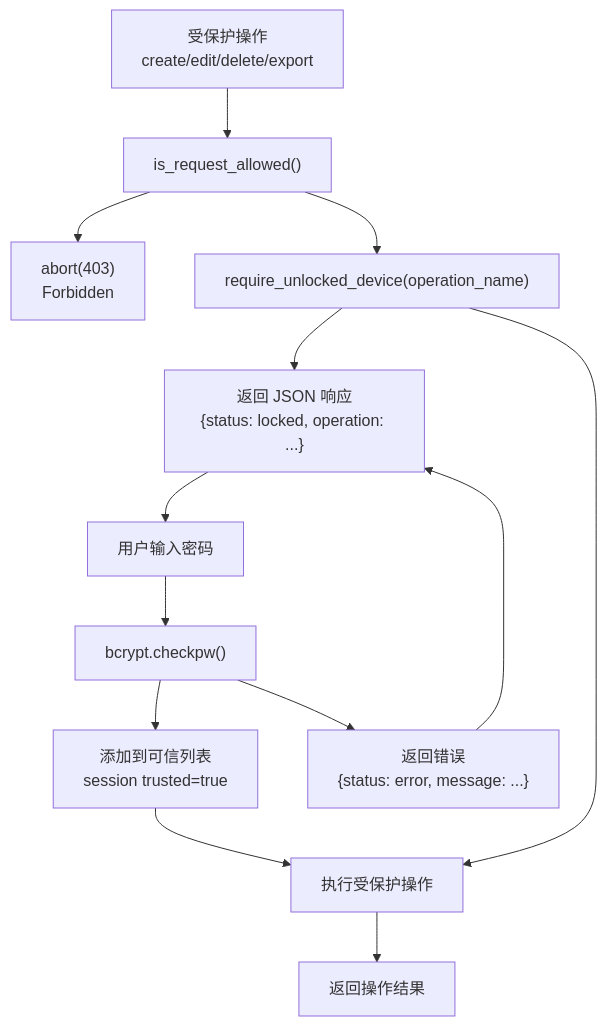
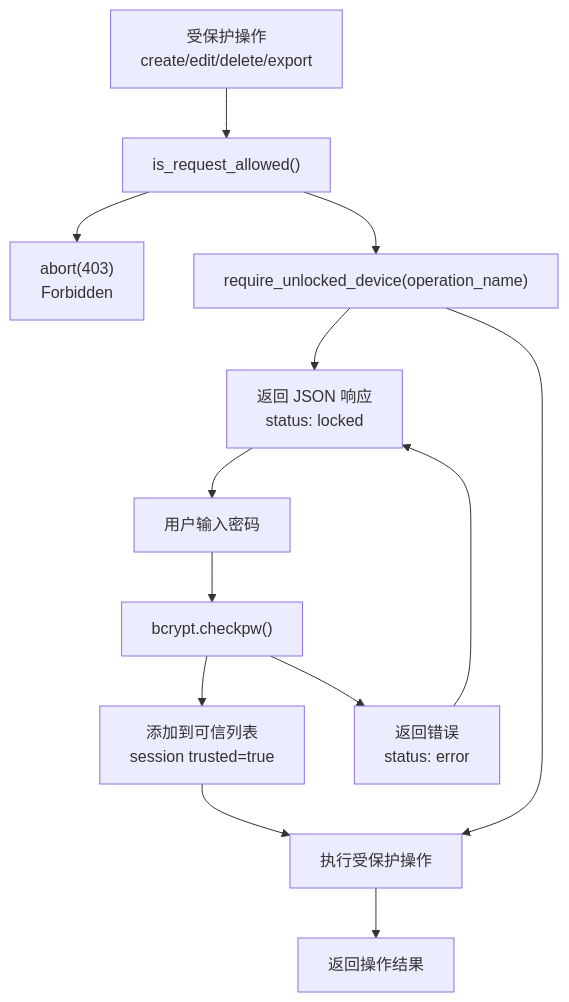
Before and after one commit to HKLHaoBin/LyricSphere: diagram 29 of 44 in README.md, drawn with Mermaid. The commit also changed other lines of this file, not shown here.

First line of the commit message:
docs: 更新流程图中的描述文本

````diff
--- a/README.md
+++ b/README.md
@@ -3018,27 +3018,27 @@
 ```mermaid
 flowchart TD
     Operation["受保护操作<br/>create/edit/delete/export"]
     IsAllowed["is_request_allowed()"]
     RequireUnlock["require_unlocked_device(operation_name)"]
     Deny403["abort(403)<br/>Forbidden"]
-    PasswordModal["返回 JSON 响应<br/>{status: locked, operation: ...}"]
+    PasswordModal["返回 JSON 响应<br/>status: locked"]
     ExecuteOp["执行受保护操作"]
     UserInput["用户输入密码"]
     PasswordVerify["bcrypt.checkpw()"]
     MarkTrusted["添加到可信列表<br/>session trusted=true"]
-    ErrorResponse["返回错误<br/>{status: error, message: ...}"]
+    ErrorResponse["返回错误<br/>status: error"]
     Result["返回操作结果"]
 
     Operation --> IsAllowed
     IsAllowed --> Deny403
     IsAllowed --> RequireUnlock
     RequireUnlock --> PasswordModal
     RequireUnlock --> ExecuteOp
     PasswordModal --> UserInput
     UserInput --> PasswordVerify
     PasswordVerify --> MarkTrusted
     PasswordVerify --> ErrorResponse
     MarkTrusted --> ExecuteOp
     ErrorResponse --> PasswordModal
     ExecuteOp --> Result
 ```
````
